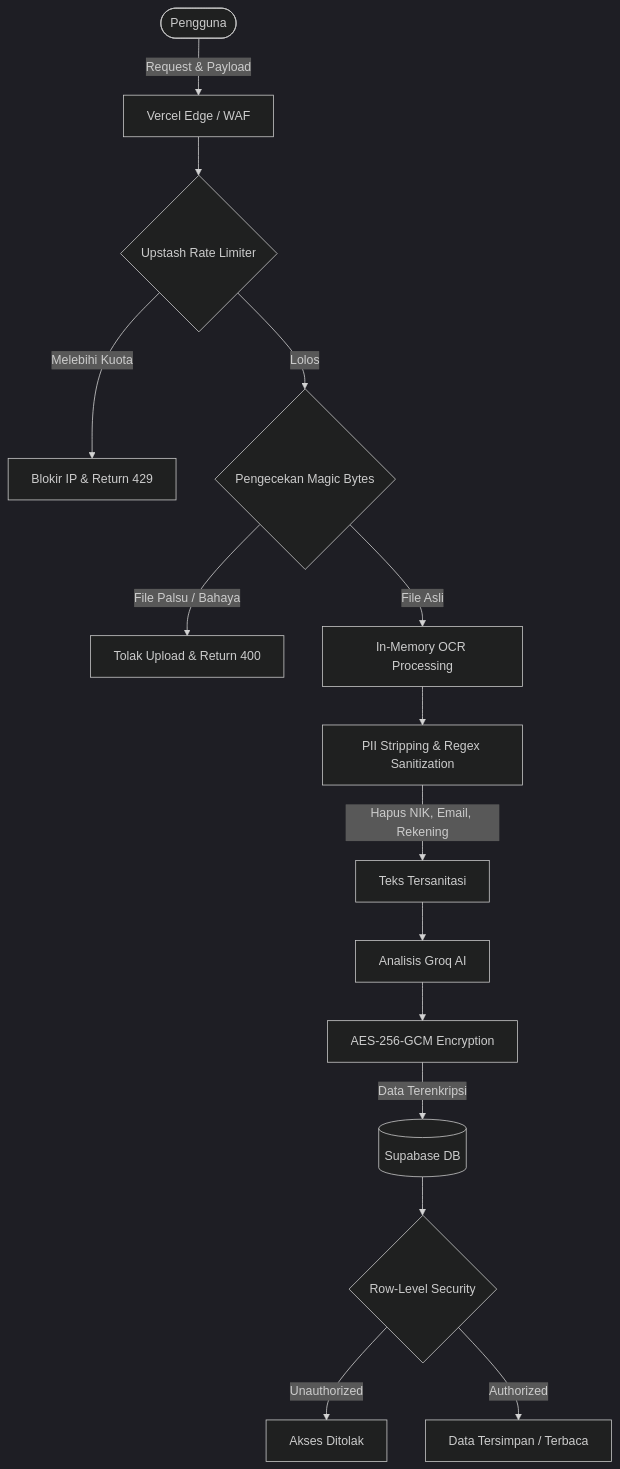
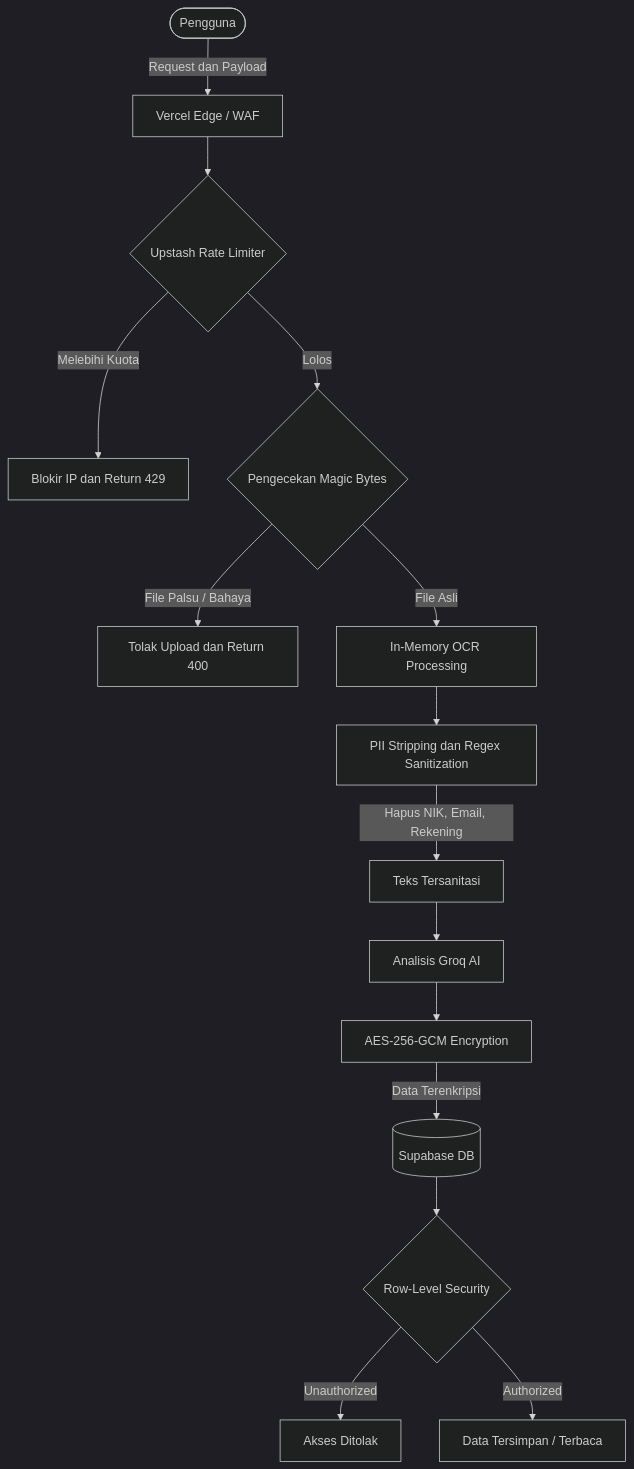
One commit to kazanaruishere-max/SafeWallet changed the diagram in SECURITY.md. Above: the diagram before and after it, drawn with Mermaid (dark theme). The commit also changed 1 other file, not shown here.

Commit message:
fix: resolve Mermaid syntax causing Unable to render rich display on GitHub

````diff
--- a/SECURITY.md
+++ b/SECURITY.md
@@ -22,23 +22,23 @@
 ```mermaid
 flowchart TD
-    User([Pengguna]) -->|Request & Payload| Vercel[Vercel Edge / WAF]
+    User([Pengguna]) -->|Request dan Payload| Vercel[Vercel Edge / WAF]
     Vercel --> RateLimit{Upstash Rate Limiter}
     
-    RateLimit -- Melebihi Kuota --> Block[Blokir IP & Return 429]
+    RateLimit -- Melebihi Kuota --> Block[Blokir IP dan Return 429]
     RateLimit -- Lolos --> MagicByte{Pengecekan Magic Bytes}
     
-    MagicByte -- File Palsu / Bahaya --> Reject[Tolak Upload & Return 400]
+    MagicByte -- File Palsu / Bahaya --> Reject[Tolak Upload dan Return 400]
     MagicByte -- File Asli --> InMem[In-Memory OCR Processing]
     
-    InMem --> PII[PII Stripping & Regex Sanitization]
+    InMem --> PII[PII Stripping dan Regex Sanitization]
     PII -->|Hapus NIK, Email, Rekening| Sanitized[Teks Tersanitasi]
     
     Sanitized --> LLM[Analisis Groq AI]
     LLM --> AES[AES-256-GCM Encryption]
     
     AES -->|Data Terenkripsi| Supabase[(Supabase DB)]
     Supabase --> RLS{Row-Level Security}
     
     RLS -- Unauthorized --> Deny[Akses Ditolak]
     RLS -- Authorized --> Allow[Data Tersimpan / Terbaca]
 ```
````
